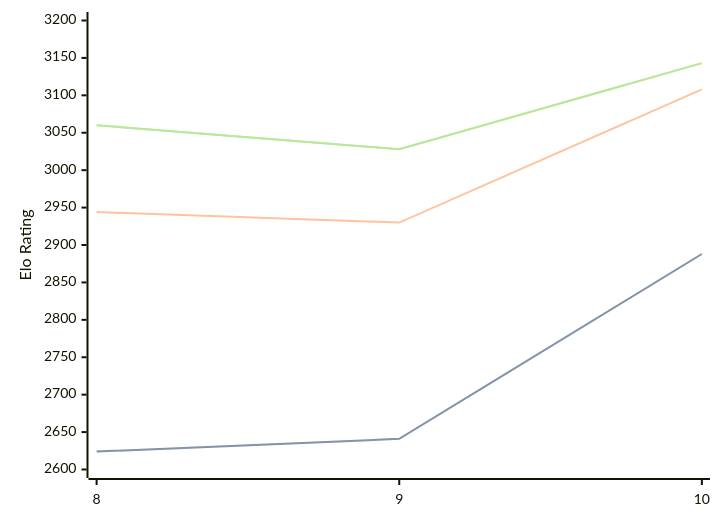
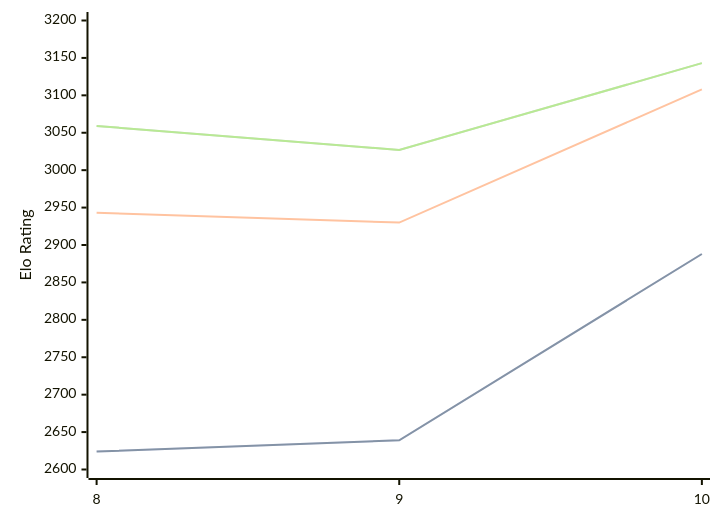
Before and after one commit to computer-chess-index/cci: the diagram in engines/Lozza.md, drawn with Mermaid. The commit also changed other lines of this file, not shown here.

Commit message:
Update CCI Ratings (ELO VLTC) - 2026-04-07

````diff
--- a/engines/Lozza.md
+++ b/engines/Lozza.md
@@ -41,11 +41,11 @@
 ```mermaid
 %%{init: {"theme":"base","themeVariables":{"seriesColors:['#a3a3a3','#222221','#faa371']}}}%%
 xychart-beta
   x-axis ["8", "9", "10"]
   y-axis "Elo Rating" 2600 --> 3200
-  line "STC (8.0+0.08s)" [2624, 2641, 2888]
-  line "STC (8.0+0.08s)" [2624, 2641, 2888]
-  line "LTC (60.0+0.60s)" [2944, 2930, 3108]
-  line "VLTC (2m24s+1.12s)" [3060, 3028, 3143]
-  line "VLTC (2m24s+1.12s)" [3060, 3028, 3143]
+  line "STC (8.0+0.08s)" [2624, 2639, 2888]
+  line "STC (8.0+0.08s)" [2624, 2639, 2888]
+  line "LTC (60.0+0.60s)" [2943, 2930, 3108]
+  line "VLTC (2m24s+1.12s)" [3059, 3027, 3143]
+  line "VLTC (2m24s+1.12s)" [3059, 3027, 3143]
 ```
````
